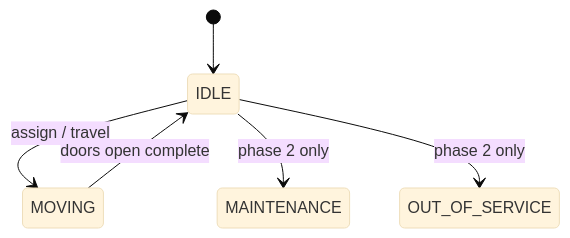
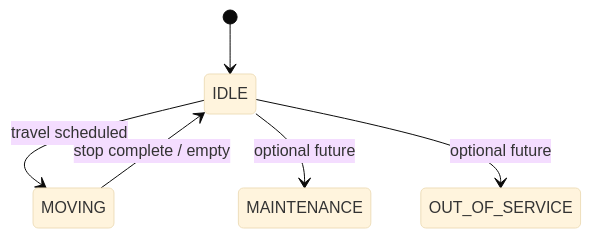
The eighth of 10 diagrams in docs/PROJECT_OVERVIEW_VISUAL.md (GalVitrak/Elevator-Managment-DES), drawn with Mermaid (base theme) before and after one commit. The commit also changed other lines of this file and 51 other files, not shown here.

````diff
--- a/docs/PROJECT_OVERVIEW_VISUAL.md
+++ b/docs/PROJECT_OVERVIEW_VISUAL.md
@@ -170,8 +170,8 @@
 ```mermaid
 stateDiagram-v2
     [*] --> IDLE
-    IDLE --> MOVING: assign / travel
-    MOVING --> IDLE: doors open complete
-    IDLE --> MAINTENANCE: phase 2 only
-    IDLE --> OUT_OF_SERVICE: phase 2 only
+    IDLE --> MOVING: travel scheduled
+    MOVING --> IDLE: stop complete / empty
+    IDLE --> MAINTENANCE: optional future
+    IDLE --> OUT_OF_SERVICE: optional future
 ```
````
